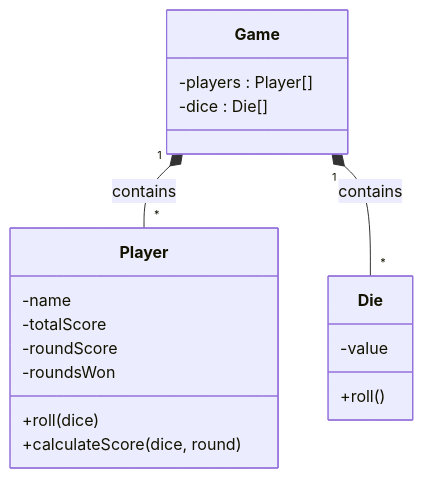
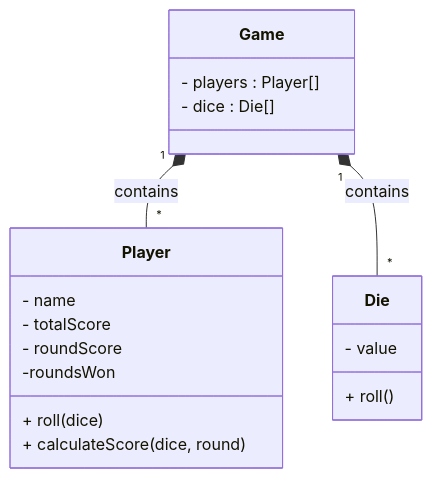
Before and after one commit to LCC-CIT/CS233JS-CourseMaterials: the diagram in LectureNotes/CS233JS-LN-W03-D1B-UMLClassDiagram.md, drawn with Mermaid. The commit also changed other lines of this file and 1 other file, not shown here.

Commit message:
Completed the notes on UML

````diff
--- a/LectureNotes/CS233JS-LN-W03-D1B-UMLClassDiagram.md
+++ b/LectureNotes/CS233JS-LN-W03-D1B-UMLClassDiagram.md
@@ -34,21 +71,21 @@
 ```mermaid
 classDiagram
     class Player {
-        -name
-        -totalScore
-        -roundScore
+        - name
+        - totalScore
+        - roundScore
         -roundsWon
-        +roll(dice)
-        +calculateScore(dice, round)
+        + roll(dice)
+        + calculateScore(dice, round)
     }
     class Die {
-        -value
-        +roll()
+        - value
+        + roll()
     }
     class Game {
-        -players : Player[]
-        -dice : Die[]
+        - players : Player[]
+        - dice : Die[]
     }
     Game "1" *-- "*" Player : contains
     Game "1" *-- "*" Die : contains
 ```
````
